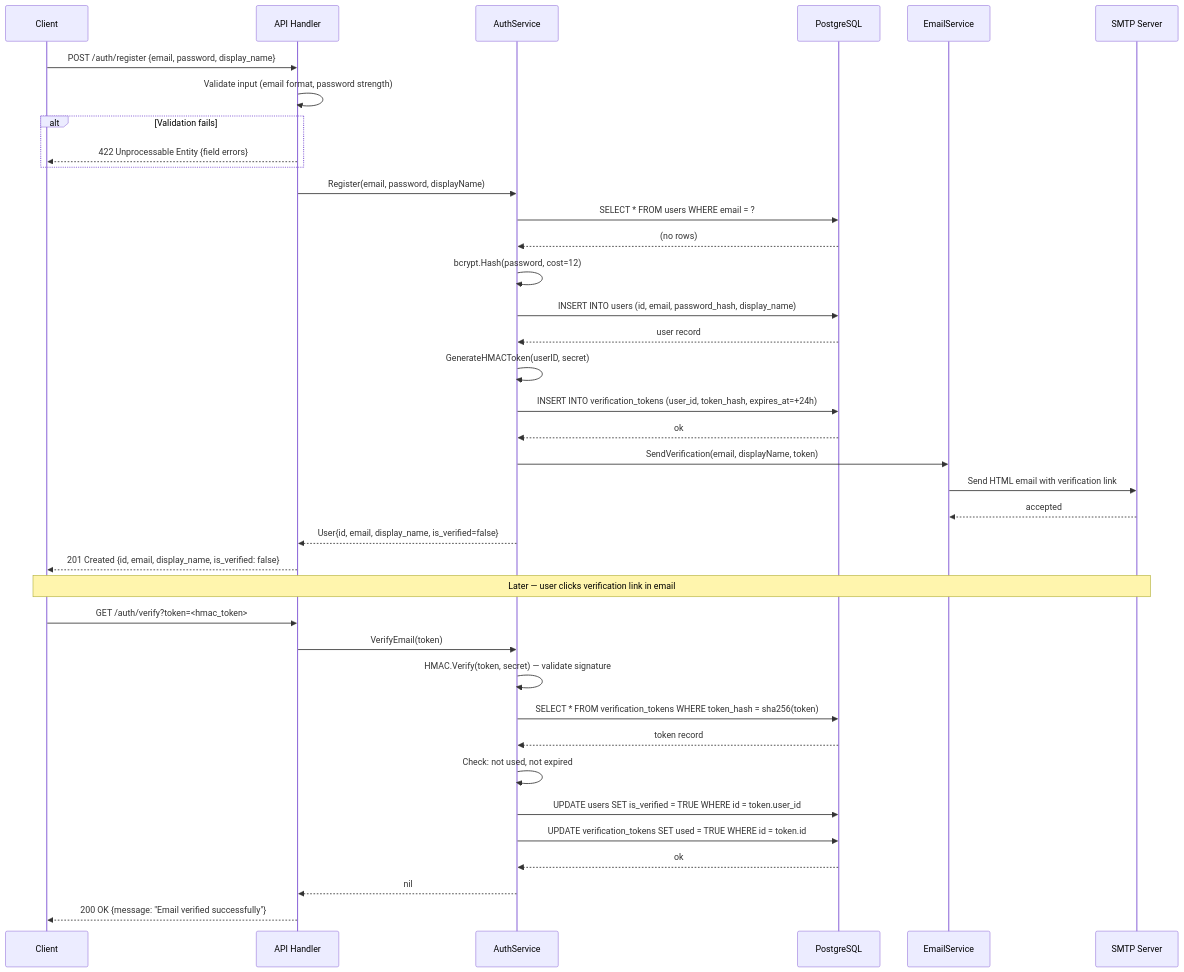
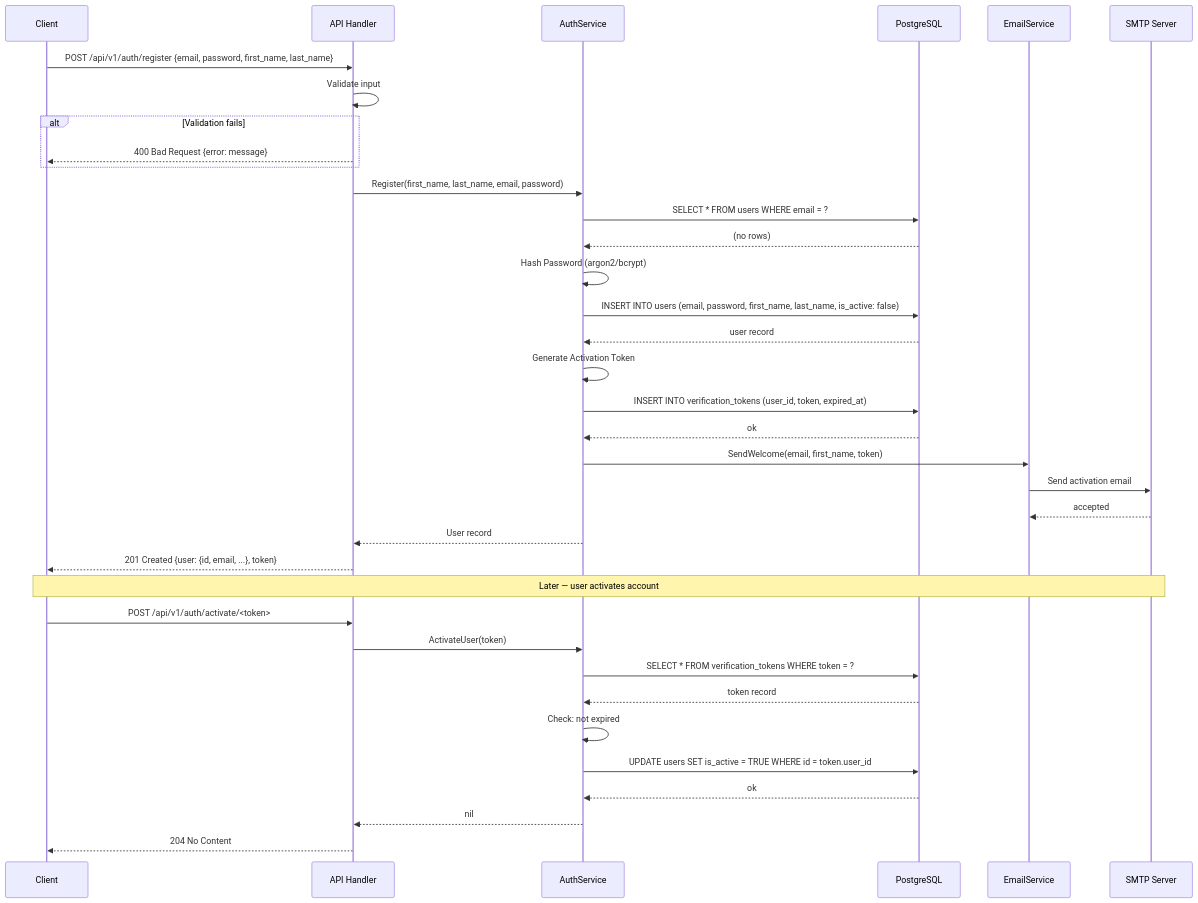
One commit to ABDELRAHMAN-ELRAYES/Vai changed the first of 7 diagrams in docs/diagrams/Sequence_Diagrams.md. Above: the diagram before and after it, drawn with Mermaid. The commit also changed other lines of this file and 14 other files, not shown here.

````diff
--- a/docs/diagrams/Sequence_Diagrams.md
+++ b/docs/diagrams/Sequence_Diagrams.md
@@ -12,43 +12,41 @@
 ```mermaid
 sequenceDiagram
     participant C as Client
     participant H as API Handler
     participant AS as AuthService
     participant DB as PostgreSQL
     participant ES as EmailService
     participant SMTP as SMTP Server
 
-    C->>H: POST /auth/register {email, password, display_name}
-    H->>H: Validate input (email format, password strength)
+    C->>H: POST /api/v1/auth/register {email, password, first_name, last_name}
+    H->>H: Validate input
     alt Validation fails
-        H-->>C: 422 Unprocessable Entity {field errors}
+        H-->>C: 400 Bad Request {error: message}
     end
-    H->>AS: Register(email, password, displayName)
+    H->>AS: Register(first_name, last_name, email, password)
     AS->>DB: SELECT * FROM users WHERE email = ?
     DB-->>AS: (no rows)
-    AS->>AS: bcrypt.Hash(password, cost=12)
-    AS->>DB: INSERT INTO users (id, email, password_hash, display_name)
+    AS->>AS: Hash Password (argon2/bcrypt)
+    AS->>DB: INSERT INTO users (email, password, first_name, last_name, is_active: false)
     DB-->>AS: user record
-    AS->>AS: GenerateHMACToken(userID, secret)
-    AS->>DB: INSERT INTO verification_tokens (user_id, token_hash, expires_at=+24h)
+    AS->>AS: Generate Activation Token
+    AS->>DB: INSERT INTO verification_tokens (user_id, token, expired_at)
     DB-->>AS: ok
-    AS->>ES: SendVerification(email, displayName, token)
-    ES->>SMTP: Send HTML email with verification link
+    AS->>ES: SendWelcome(email, first_name, token)
+    ES->>SMTP: Send activation email
     SMTP-->>ES: accepted
-    AS-->>H: User{id, email, display_name, is_verified=false}
-    H-->>C: 201 Created {id, email, display_name, is_verified: false}
+    AS-->>H: User record
+    H-->>C: 201 Created {user: {id, email, ...}, token}
 
-    Note over C,SMTP: Later — user clicks verification link in email
+    Note over C,SMTP: Later — user activates account
 
-    C->>H: GET /auth/verify?token=<hmac_token>
-    H->>AS: VerifyEmail(token)
-    AS->>AS: HMAC.Verify(token, secret) — validate signature
-    AS->>DB: SELECT * FROM verification_tokens WHERE token_hash = sha256(token)
+    C->>H: POST /api/v1/auth/activate/<token>
+    H->>AS: ActivateUser(token)
+    AS->>DB: SELECT * FROM verification_tokens WHERE token = ?
     DB-->>AS: token record
-    AS->>AS: Check: not used, not expired
-    AS->>DB: UPDATE users SET is_verified = TRUE WHERE id = token.user_id
-    AS->>DB: UPDATE verification_tokens SET used = TRUE WHERE id = token.id
+    AS->>AS: Check: not expired
+    AS->>DB: UPDATE users SET is_active = TRUE WHERE id = token.user_id
     DB-->>AS: ok
     AS-->>H: nil
-    H-->>C: 200 OK {message: "Email verified successfully"}
+    H-->>C: 204 No Content
 ```
````
